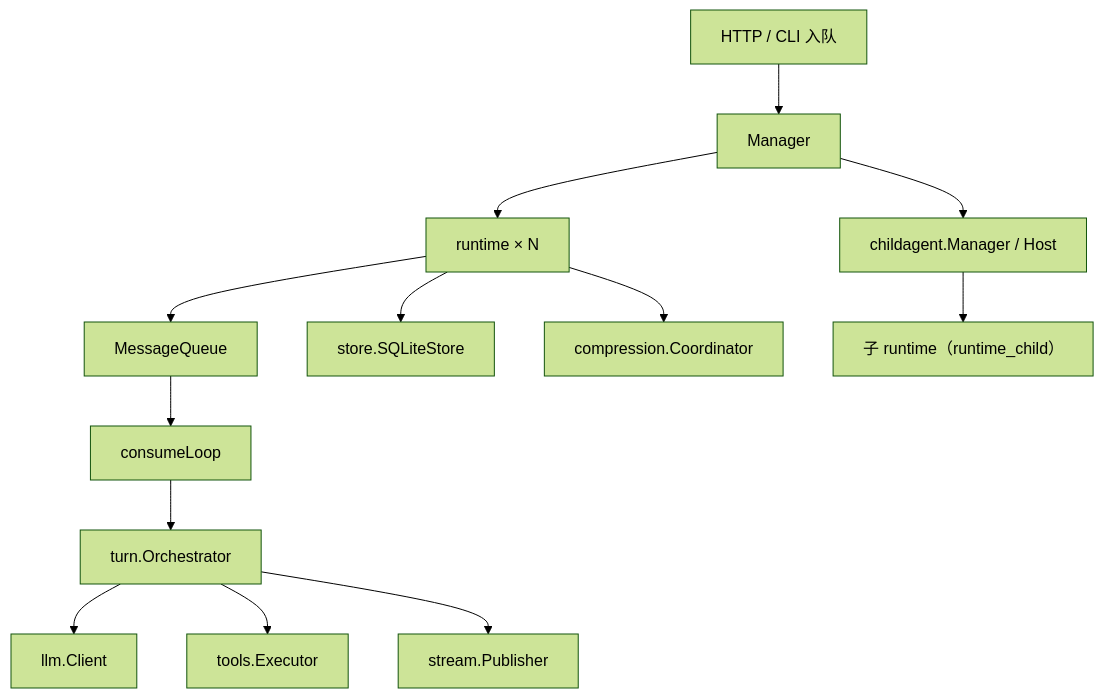
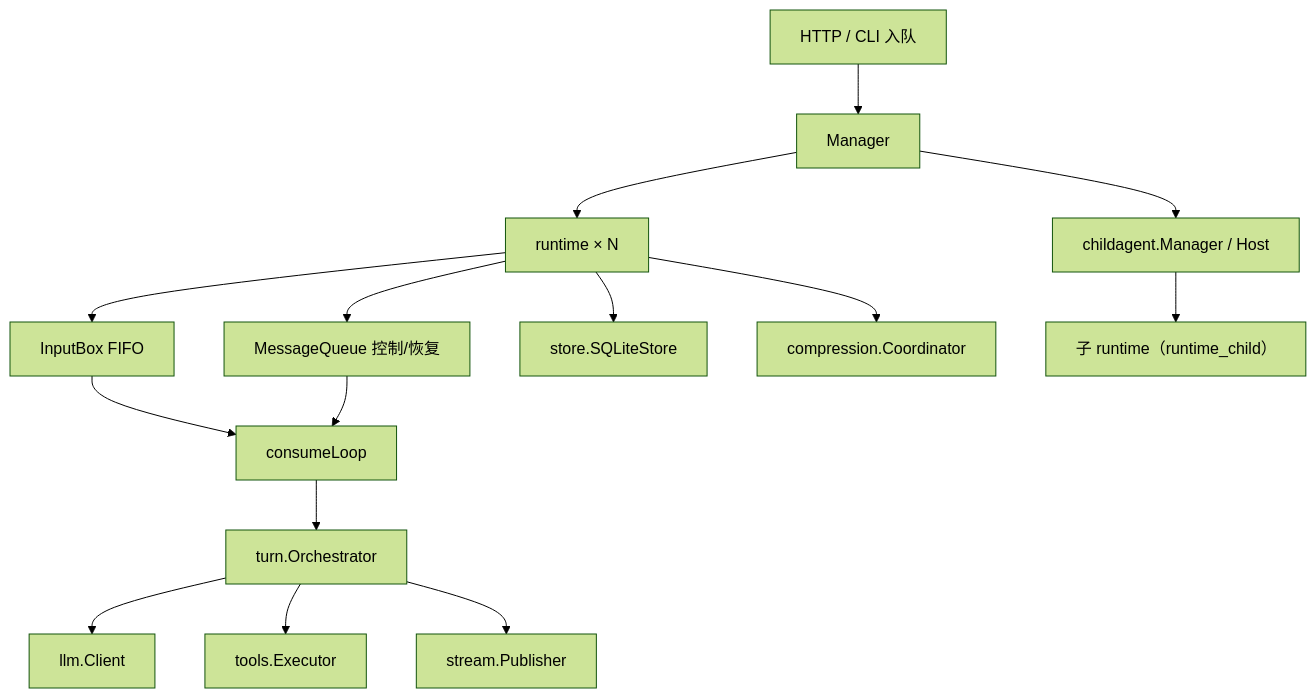
Before and after one commit to DGS-ai-team/DAgents: the diagram in node/internal/session/README.md, drawn with Mermaid (forest theme). The commit also changed other lines of this file and 77 other files, not shown here.

Commit message:
refactor: separate input ingress from turn control queue

````diff
--- a/node/internal/session/README.md
+++ b/node/internal/session/README.md
@@ -11,15 +11,17 @@
 ```mermaid
 flowchart TB
     API["HTTP / CLI 入队"] --> Mgr["Manager"]
     Mgr --> RT["runtime × N"]
-    RT --> Q["MessageQueue"]
-    Q --> Loop["consumeLoop"]
+    RT --> IB["InputBox FIFO"]
+    RT --> Q["MessageQueue 控制/恢复"]
+    IB --> Loop["consumeLoop"]
+    Q --> Loop
     Loop --> Orch["turn.Orchestrator"]
     Orch --> LLM["llm.Client"]
     Orch --> Tools["tools.Executor"]
     Orch --> Hub["stream.Publisher"]
     RT --> Store["store.SQLiteStore"]
     RT --> Comp["compression.Coordinator"]
     Mgr --> CM["childagent.Manager / Host"]
     CM --> ChildRT["子 runtime（runtime_child）"]
 ```
````
